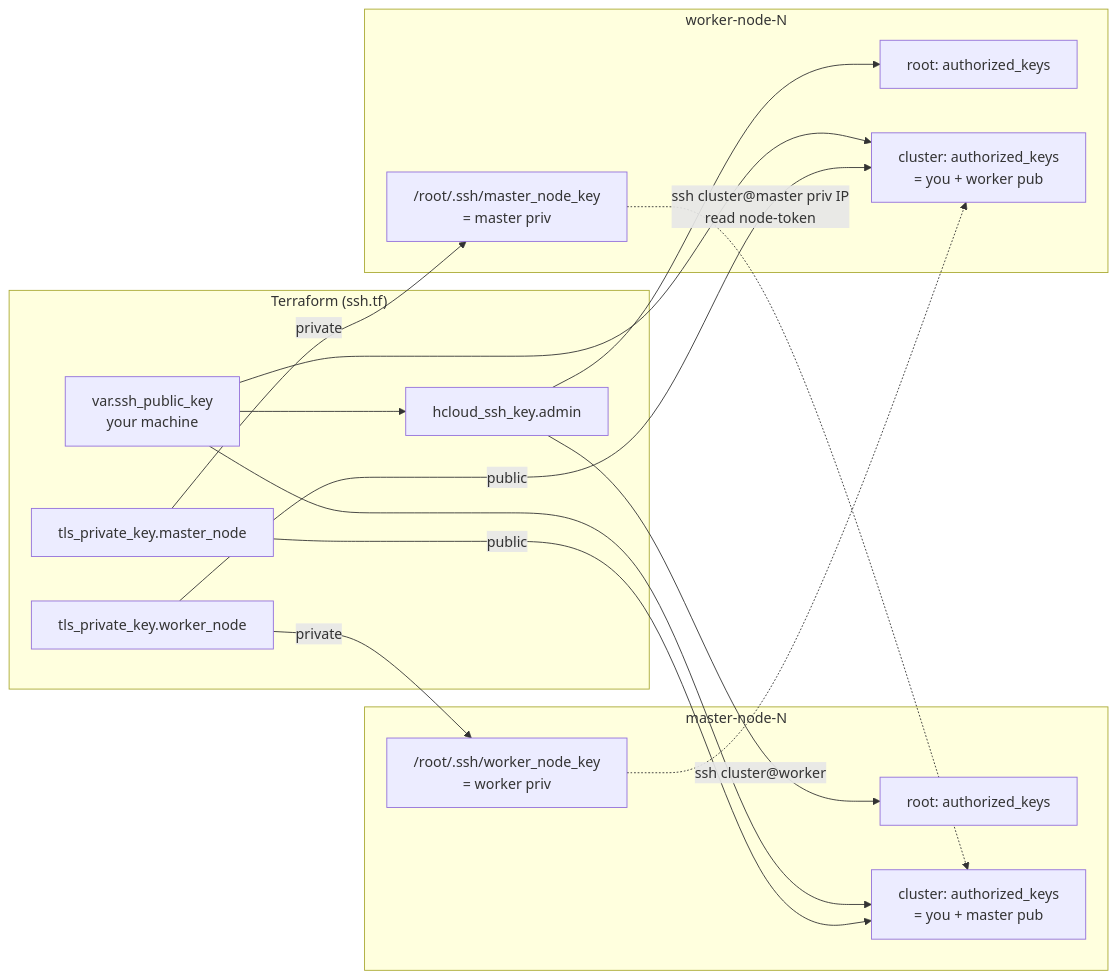
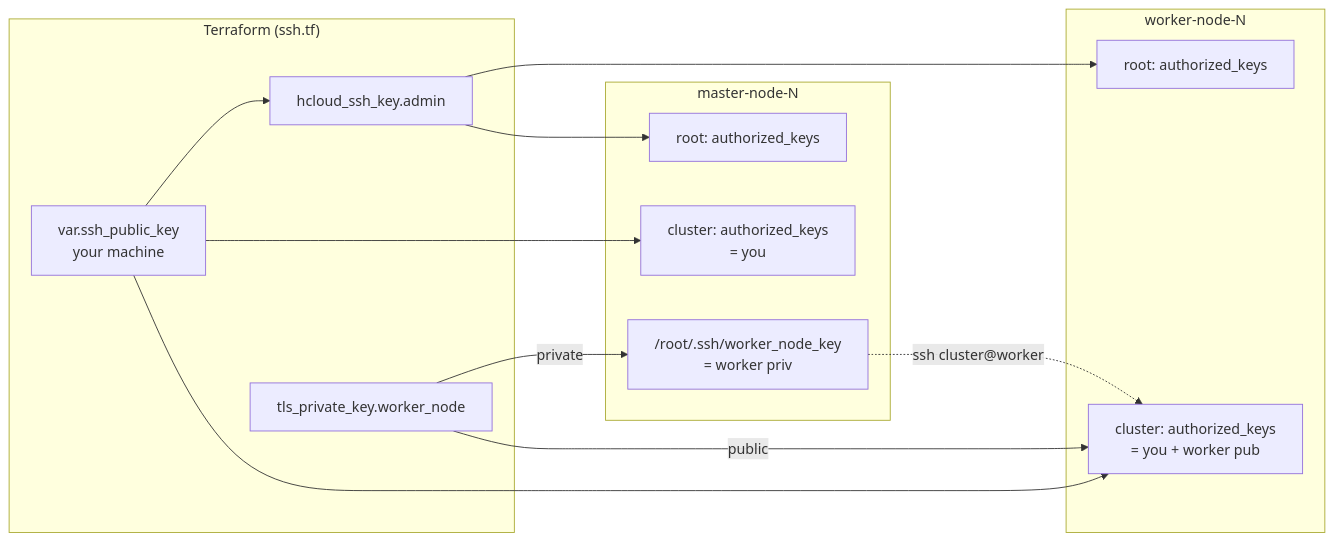
The fifth of 6 diagrams in docs/02-architecture.md (pawel150199/hcloud-k8s-cluster), drawn with Mermaid before and after one commit. The commit also changed other lines of this file and 13 other files, not shown here.

````diff
--- a/docs/02-architecture.md
+++ b/docs/02-architecture.md
@@ -207,34 +234,29 @@
 ```mermaid
 flowchart LR
   subgraph TF["Terraform (ssh.tf)"]
     PUB["var.ssh_public_key<br/>your machine"]
-    KM["tls_private_key.master_node"]
     KW["tls_private_key.worker_node"]
     AK["hcloud_ssh_key.admin"]
   end
 
   subgraph M["master-node-N"]
     MR["root: authorized_keys"]
-    MC["cluster: authorized_keys<br/>= you + master pub"]
+    MC["cluster: authorized_keys<br/>= you"]
     MF["/root/.ssh/worker_node_key<br/>= worker priv"]
   end
 
   subgraph W["worker-node-N"]
     WR["root: authorized_keys"]
     WC["cluster: authorized_keys<br/>= you + worker pub"]
-    WF["/root/.ssh/master_node_key<br/>= master priv"]
   end
 
   PUB --> AK
   AK --> MR
   AK --> WR
   PUB --> MC
   PUB --> WC
-  KM -->|public| MC
-  KM -->|private| WF
   KW -->|public| WC
   KW -->|private| MF
 
-  WF -.->|ssh cluster@master priv IP<br/>read node-token| MC
   MF -.->|ssh cluster@worker| WC
 ```
````
